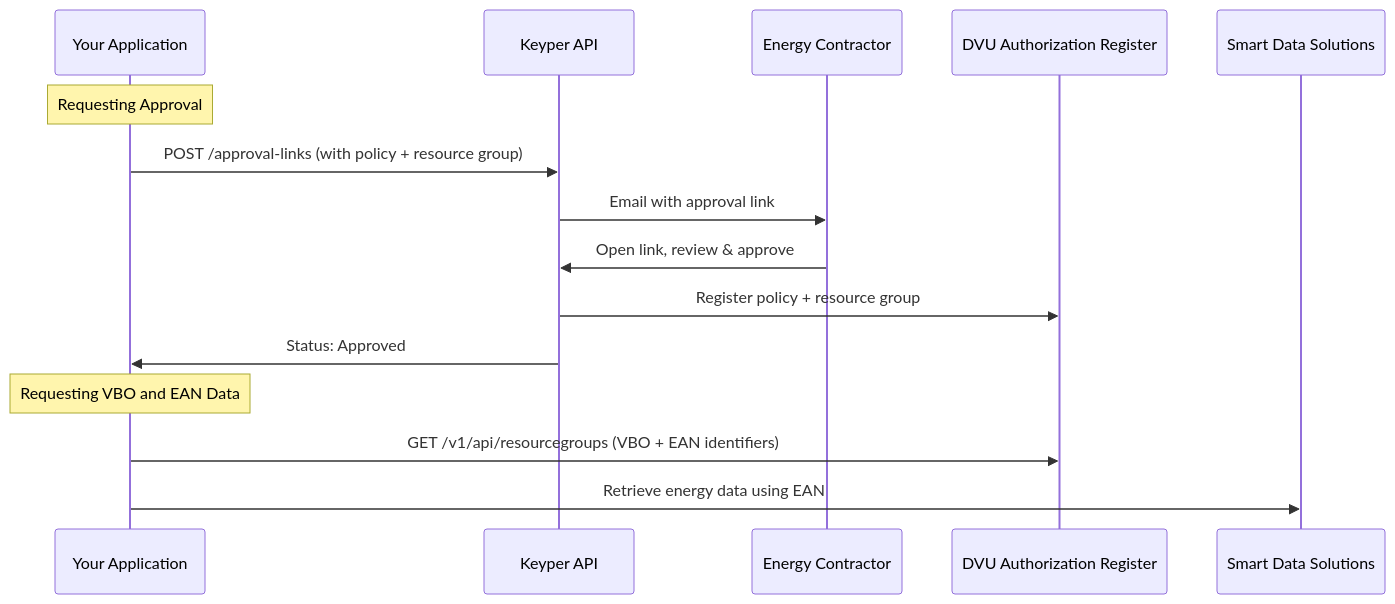
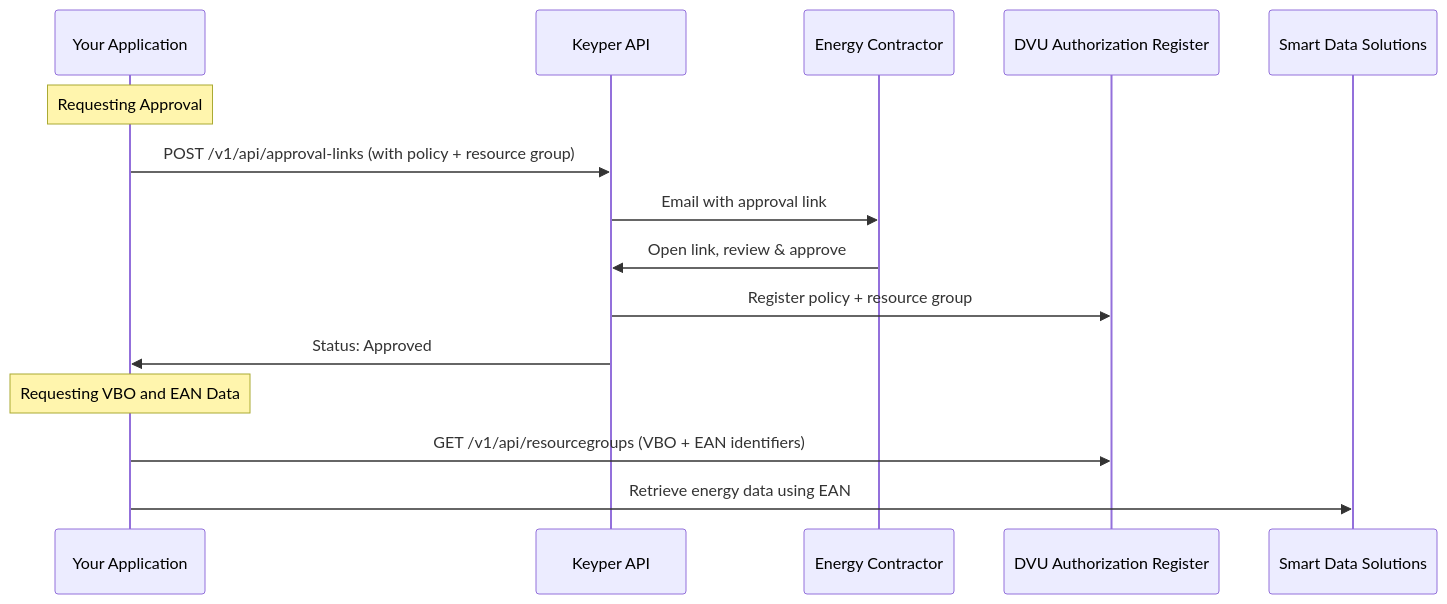
One commit to POORT8/Poort8.Docs changed the diagram in dvu/direct-ean.md. Above: the diagram before and after it, drawn with Mermaid. The commit also changed 4 other files, not shown here.

````diff
--- a/dvu/direct-ean.md
+++ b/dvu/direct-ean.md
@@ -11,17 +11,17 @@
 ```mermaid
 sequenceDiagram
     participant App as Your Application
     participant Keyper as Keyper API
     participant EC as Energy Contractor
     participant AR as DVU Authorization Register
     participant SDS as Smart Data Solutions
     Note over App: Requesting Approval
-    App->>Keyper: POST /approval-links (with policy + resource group)
+    App->>Keyper: POST /v1/api/approval-links (with policy + resource group)
     Keyper->>EC: Email with approval link
     EC->>Keyper: Open link, review & approve
     Keyper->>AR: Register policy + resource group
     Keyper->>App: Status: Approved
     Note over App: Requesting VBO and EAN Data
     App->>AR: GET /v1/api/resourcegroups (VBO + EAN identifiers)
     App->>SDS: Retrieve energy data using EAN
 ```
````
